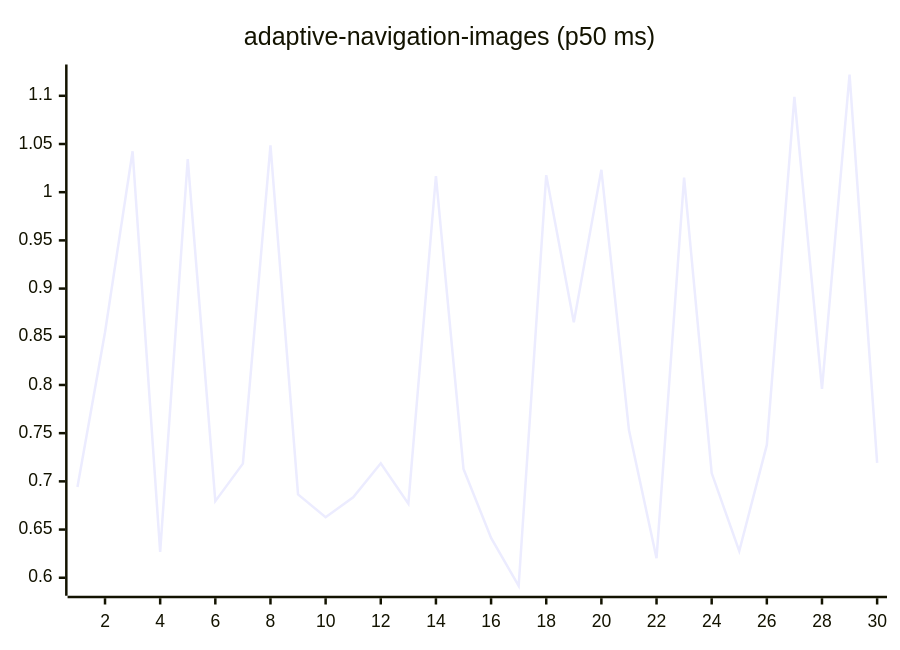
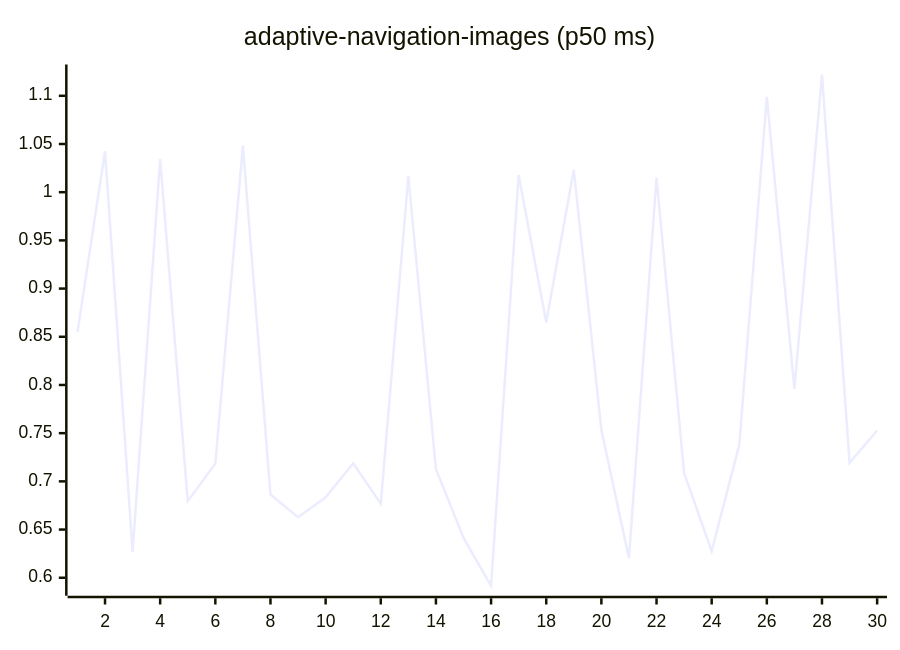
The first of 27 diagrams in README.md (josha/Facet), drawn with Mermaid before and after one commit. The commit also changed other lines of this file and 2 other files, not shown here.

````diff
--- a/README.md
+++ b/README.md
@@ -63,6 +63,6 @@
 ```mermaid
 xychart-beta
     title "adaptive-navigation-images (p50 ms)"
     x-axis 1 --> 30
-    line [0.6941, 0.8547, 1.0425, 0.6269, 1.0344, 0.6795, 0.7184, 1.0485, 0.6864, 0.6628, 0.6834, 0.7187, 0.6768, 1.0168, 0.7129, 0.6414, 0.5917, 1.0177, 0.8650, 1.0232, 0.7532, 0.6203, 1.0152, 0.7086, 0.6277, 0.7378, 1.0988, 0.7959, 1.1221, 0.7192]
+    line [0.8547, 1.0425, 0.6269, 1.0344, 0.6795, 0.7184, 1.0485, 0.6864, 0.6628, 0.6834, 0.7187, 0.6768, 1.0168, 0.7129, 0.6414, 0.5917, 1.0177, 0.8650, 1.0232, 0.7532, 0.6203, 1.0152, 0.7086, 0.6277, 0.7378, 1.0988, 0.7959, 1.1221, 0.7192, 0.7528]
 ```
````
